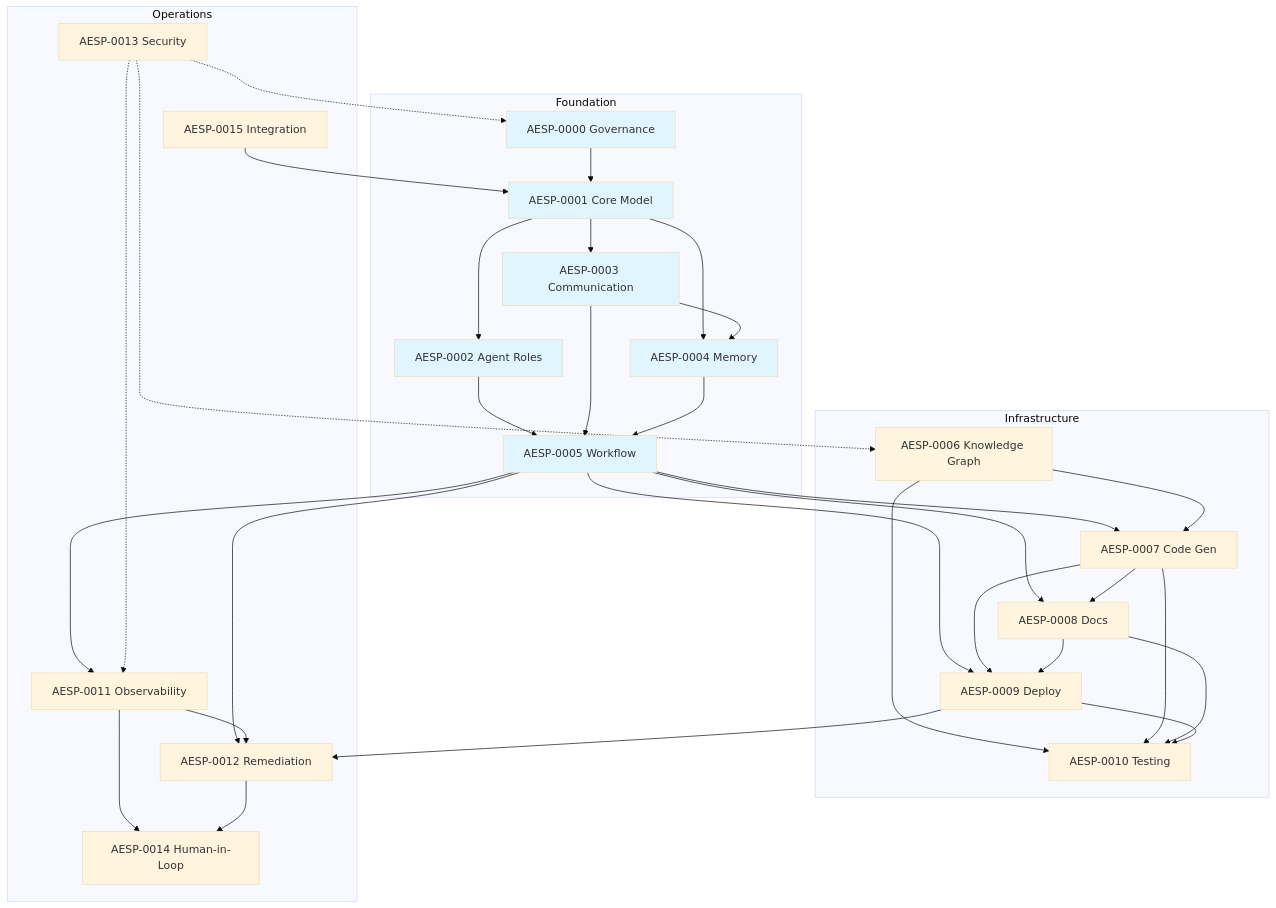
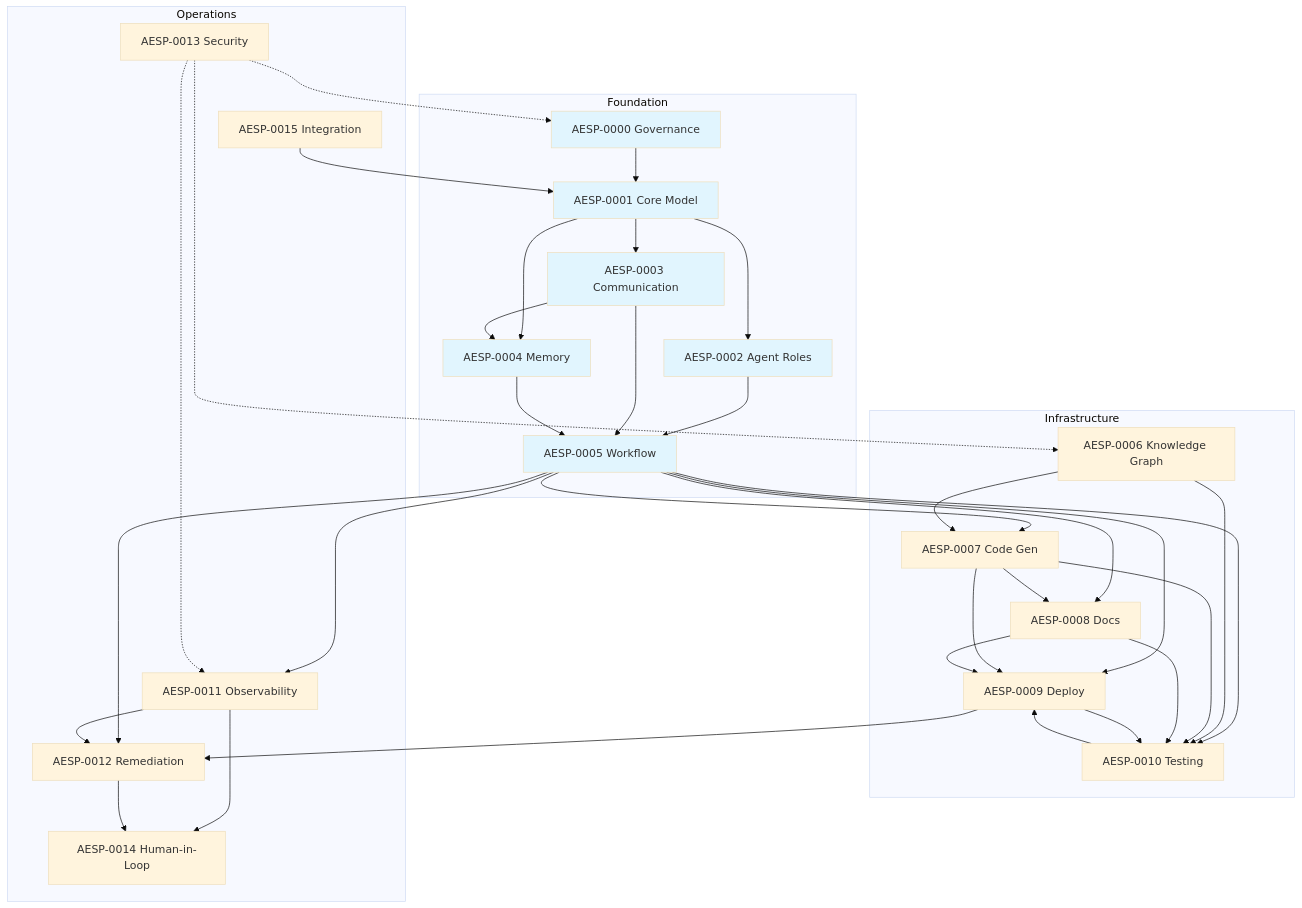
Before and after one commit to kishoreHQ/AESP: the diagram in specification/README.md, drawn with Mermaid (base theme). The commit also changed other lines of this file and 8 other files, not shown here.

````diff
--- a/specification/README.md
+++ b/specification/README.md
@@ -58,66 +58,68 @@
 ```mermaid
 graph TD
     subgraph Foundation
         A0000[AESP-0000 Governance]
         A0001[AESP-0001 Core Model]
         A0002[AESP-0002 Agent Roles]
         A0003[AESP-0003 Communication]
         A0004[AESP-0004 Memory]
         A0005[AESP-0005 Workflow]
     end
 
     subgraph Infrastructure
         A0006[AESP-0006 Knowledge Graph]
         A0007[AESP-0007 Code Gen]
         A0008[AESP-0008 Docs]
         A0009[AESP-0009 Deploy]
         A0010[AESP-0010 Testing]
     end
 
     subgraph Operations
         A0011[AESP-0011 Observability]
         A0012[AESP-0012 Remediation]
         A0013[AESP-0013 Security]
         A0014[AESP-0014 Human-in-Loop]
         A0015[AESP-0015 Integration]
     end
 
     A0000 --> A0001
     A0001 --> A0002
     A0001 --> A0003
     A0001 --> A0004
     A0002 --> A0005
     A0003 --> A0004
     A0003 --> A0005
     A0004 --> A0005
     A0005 --> A0011
     A0005 --> A0012
     A0005 --> A0007
     A0005 --> A0008
     A0006 --> A0007
     A0007 --> A0008
     A0005 --> A0009
     A0007 --> A0009
     A0008 --> A0009
 
+    A0005 --> A0010
     A0006 --> A0010
     A0007 --> A0010
     A0008 --> A0010
     A0009 --> A0010
+    A0010 --> A0009
     A0009 --> A0012
 
     A0011 --> A0012
     A0011 --> A0014
     A0012 --> A0014
     A0013 -.-> A0000
     A0013 -.-> A0006
     A0013 -.-> A0011
     A0015 --> A0001
 
     style A0000 fill:#e1f5fe
     style A0001 fill:#e1f5fe
     style A0002 fill:#e1f5fe
     style A0003 fill:#e1f5fe
     style A0004 fill:#e1f5fe
     style A0005 fill:#e1f5fe
 ```
````
